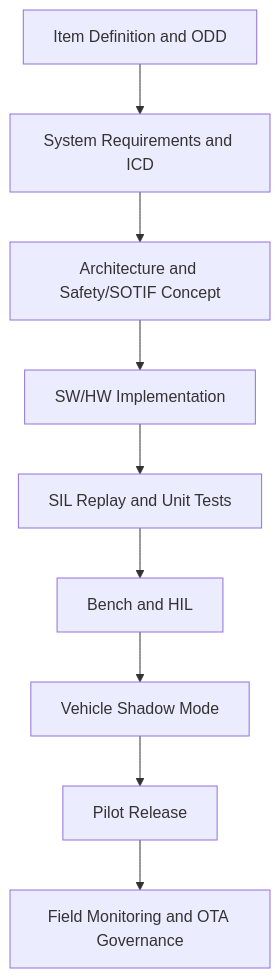
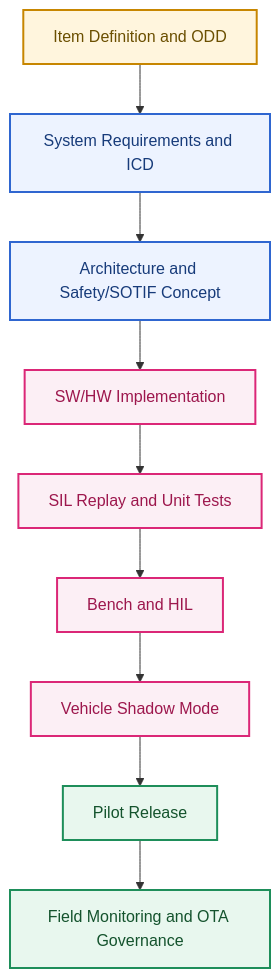
One commit to LeNguyenHaiDuong/adas-tsr changed diagram 30 of 48 in research/1.research_tsr_three_part_unified.md. Above: the diagram before and after it, drawn with Mermaid. The commit also changed other lines of this file and 5 other files, not shown here.

Commit message:
Add mermaid color

````diff
--- a/research/1.research_tsr_three_part_unified.md
+++ b/research/1.research_tsr_three_part_unified.md
@@ -1949,11 +2049,20 @@
 ```mermaid
 flowchart TD
     A[Item Definition and ODD] --> B[System Requirements and ICD]
     B --> C[Architecture and Safety/SOTIF Concept]
     C --> D[SW/HW Implementation]
     D --> E[SIL Replay and Unit Tests]
     E --> F[Bench and HIL]
     F --> G[Vehicle Shadow Mode]
     G --> H[Pilot Release]
     H --> I[Field Monitoring and OTA Governance]
+
+    classDef baseline fill:#FFF5DD,stroke:#C78600,color:#6B4F00,stroke-width:2px;
+    classDef feature fill:#EDF3FF,stroke:#2F66D0,color:#173B7A,stroke-width:2px;
+    classDef support fill:#FCEFF5,stroke:#DB2777,color:#9D174D,stroke-width:2px;
+    classDef integration fill:#E8F7EE,stroke:#1E8E5A,color:#14532D,stroke-width:2px;
+    class A baseline;
+    class B,C feature;
+    class D,E,F,G support;
+    class H,I integration;
 ```
````
